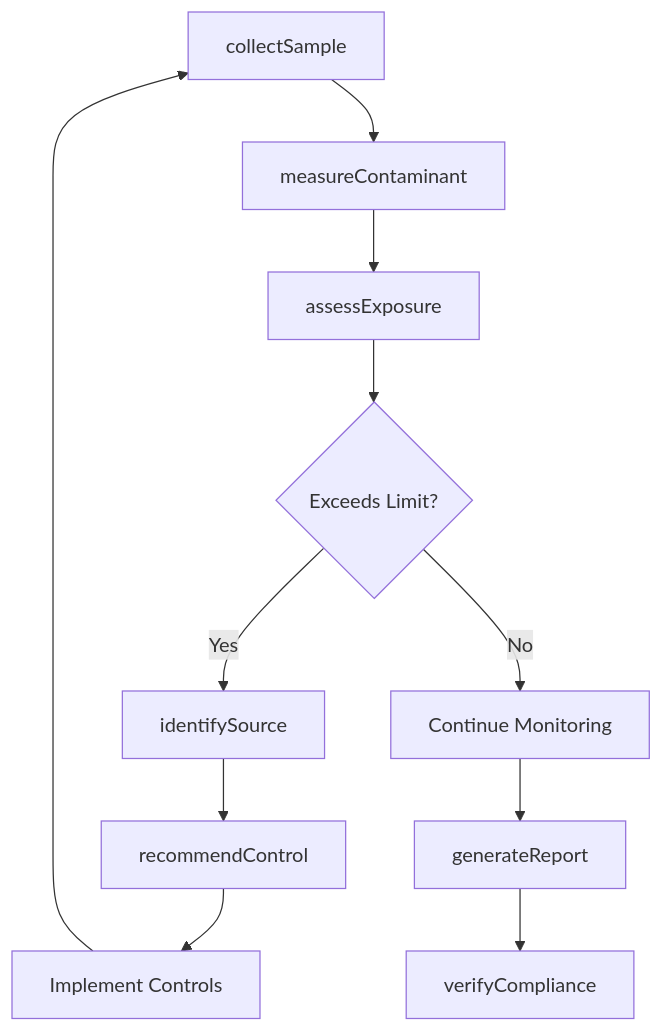
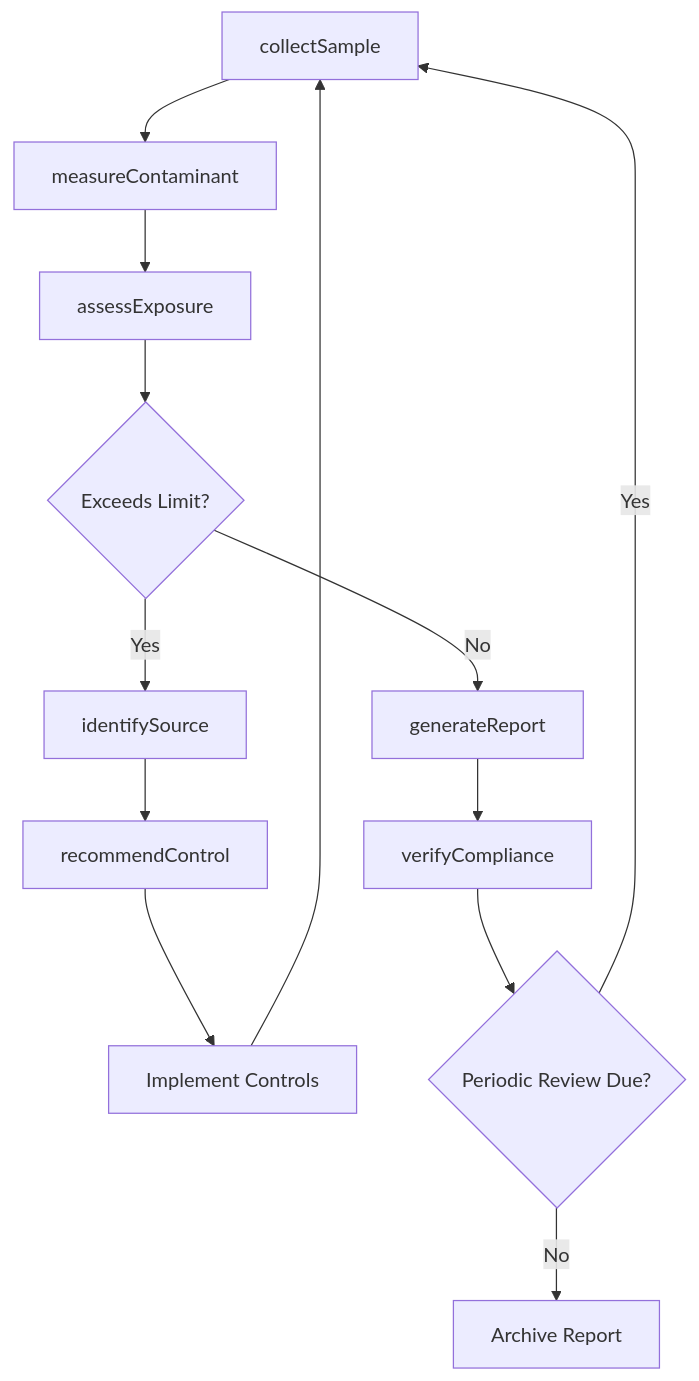
Before and after one commit to dot-org-ai/tasks.org.ai: the third of 4 diagrams in InspectingEquipmentStructuresOrMaterials/TestSitesOrMaterialsForEnvironmentalHazards/TestAirQualityWorkSites.mdx, drawn with Mermaid. The commit also changed other lines of this file and 504 other files, not shown here.

First line of the commit message:
feat: Add ER diagrams, state diagrams, and workflow improvements to 96 DWA task files

````diff
--- a/InspectingEquipmentStructuresOrMaterials/TestSitesOrMaterialsForEnvironmentalHazards/TestAirQualityWorkSites.mdx
+++ b/InspectingEquipmentStructuresOrMaterials/TestSitesOrMaterialsForEnvironmentalHazards/TestAirQualityWorkSites.mdx
@@ -87,13 +118,15 @@
 ```mermaid
 graph TD
     A[collectSample] --> B[measureContaminant]
     B --> C[assessExposure]
     C --> D{Exceeds Limit?}
     D -->|Yes| E[identifySource]
-    D -->|No| F[Continue Monitoring]
+    D -->|No| F[generateReport]
     E --> G[recommendControl]
     G --> H[Implement Controls]
     H --> A
-    F --> I[generateReport]
-    I --> J[verifyCompliance]
+    F --> I[verifyCompliance]
+    I --> J{Periodic Review Due?}
+    J -->|Yes| A
+    J -->|No| K[Archive Report]
 ```
````
